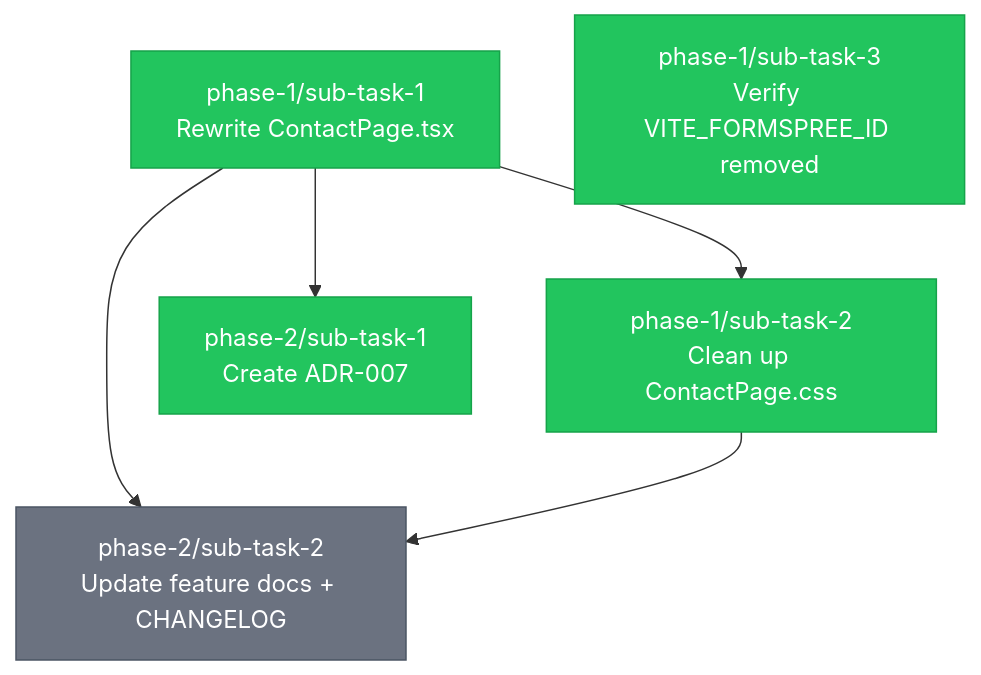
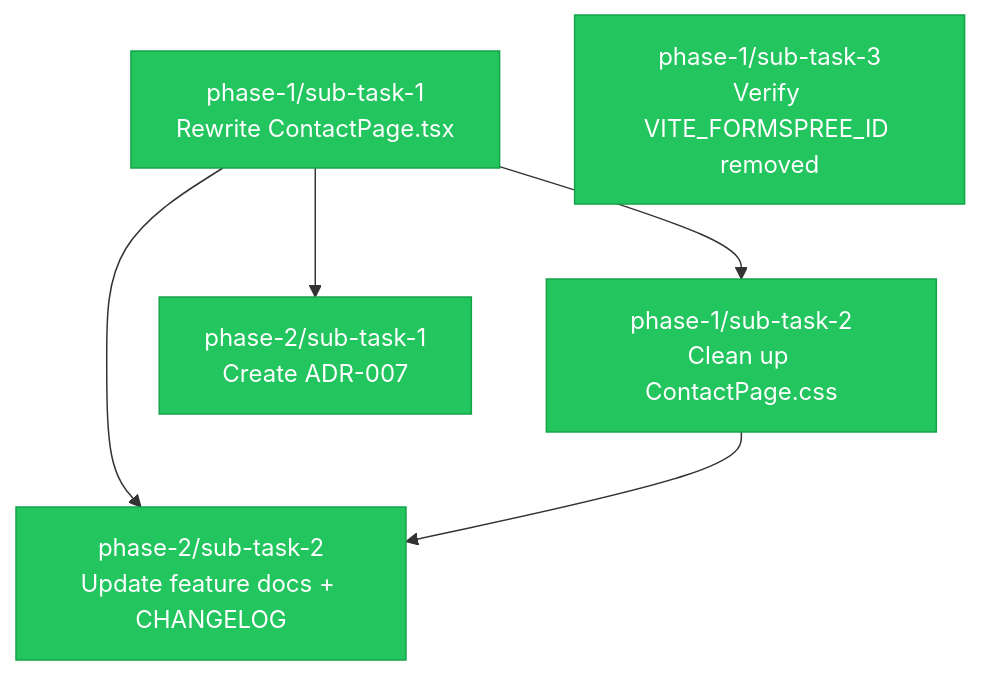
One commit to Bagwell-Oil-Imaging/late-night-happy-hour-league-site changed the diagram in .claude/tasks/TASKS.md. Above: the diagram before and after it, drawn with Mermaid. The commit also changed other lines of this file, not shown here.

````diff
--- a/.claude/tasks/TASKS.md
+++ b/.claude/tasks/TASKS.md
@@ -14,29 +14,29 @@
 ```mermaid
 graph TD
     %% Phase 1: Code
     P1T1["phase-1/sub-task-1<br/>Rewrite ContactPage.tsx"]
     P1T2["phase-1/sub-task-2<br/>Clean up ContactPage.css"]
     P1T3["phase-1/sub-task-3<br/>Verify VITE_FORMSPREE_ID removed"]
 
     %% Phase 2: Documentation
     P2T1["phase-2/sub-task-1<br/>Create ADR-007"]
     P2T2["phase-2/sub-task-2<br/>Update feature docs + CHANGELOG"]
 
     %% Dependencies
     P1T1 --> P1T2
     P1T1 --> P2T1
     P1T1 --> P2T2
     P1T2 --> P2T2
 
     %% Status styling
     classDef completed fill:#22c55e,stroke:#16a34a,color:#fff
     classDef inprogress fill:#eab308,stroke:#ca8a04,color:#fff
     classDef pending fill:#6b7280,stroke:#4b5563,color:#fff
     classDef blocked fill:#ef4444,stroke:#dc2626,color:#fff
 
     class P1T1 completed
     class P1T2 completed
     class P1T3 completed
     class P2T1 completed
-    class P2T2 pending
+    class P2T2 completed
 ```
````
